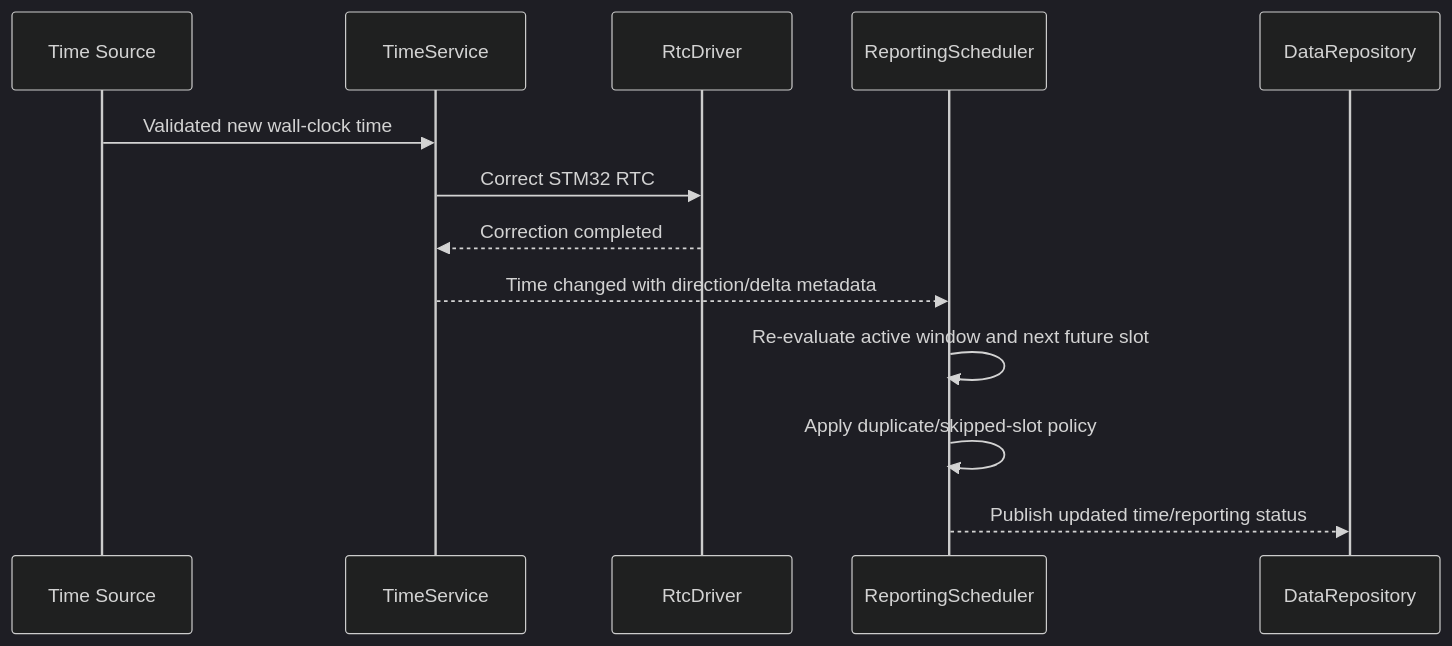
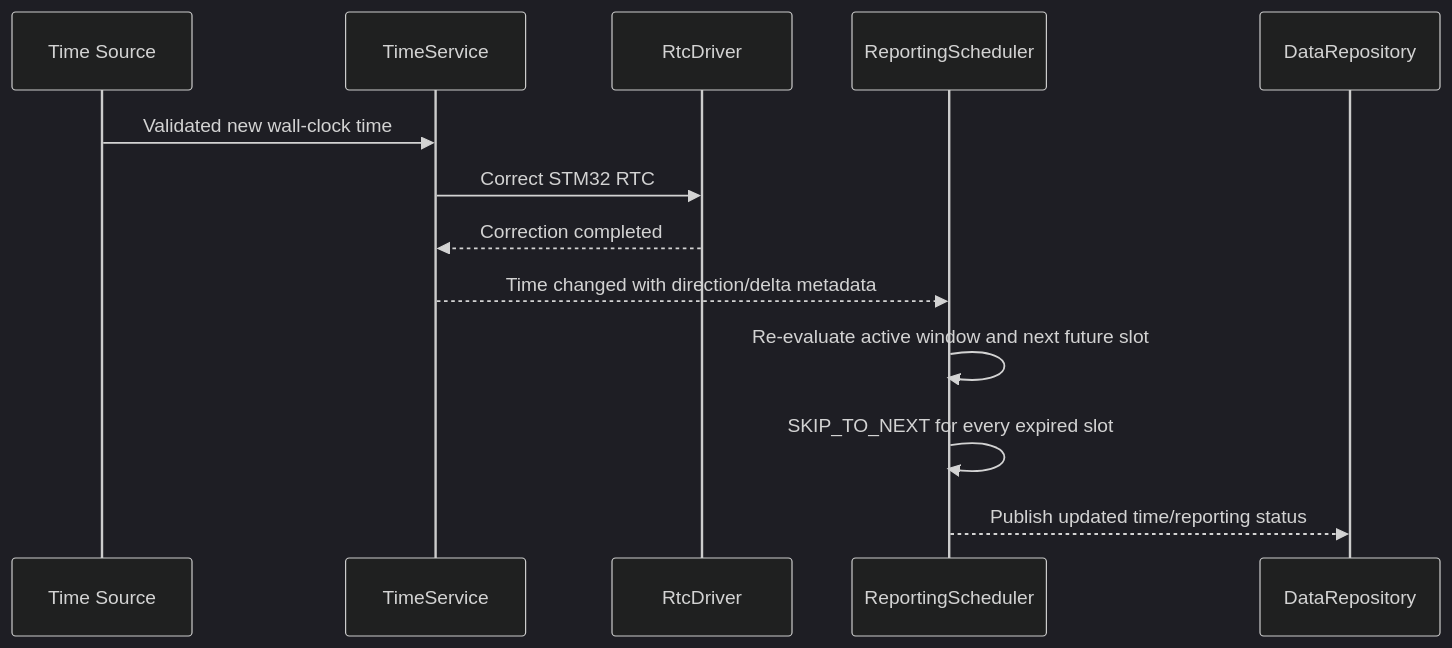
One commit to whoisLePhuc/smart-water-flow-pressure-monitor changed diagram 27 of 27 in 1.docs/00_overview/05_sequence_diagrams.md. Above: the diagram before and after it, drawn with Mermaid (dark theme). The commit also changed other lines of this file and 10 other files, not shown here.

Commit message:
docs: update DEC-SCHED-002 = SKIP_TO_NEXT

````diff
--- a/1.docs/00_overview/05_sequence_diagrams.md
+++ b/1.docs/00_overview/05_sequence_diagrams.md
@@ -864,16 +864,16 @@
 ```mermaid
 sequenceDiagram
     participant SRC as Time Source
     participant TS as TimeService
     participant RTC as RtcDriver
     participant RS as ReportingScheduler
     participant DR as DataRepository
 
     SRC->>TS: Validated new wall-clock time
     TS->>RTC: Correct STM32 RTC
     RTC-->>TS: Correction completed
     TS-->>RS: Time changed with direction/delta metadata
     RS->>RS: Re-evaluate active window and next future slot
-    RS->>RS: Apply duplicate/skipped-slot policy
+    RS->>RS: SKIP_TO_NEXT for every expired slot
     RS-->>DR: Publish updated time/reporting status
 ```
````
